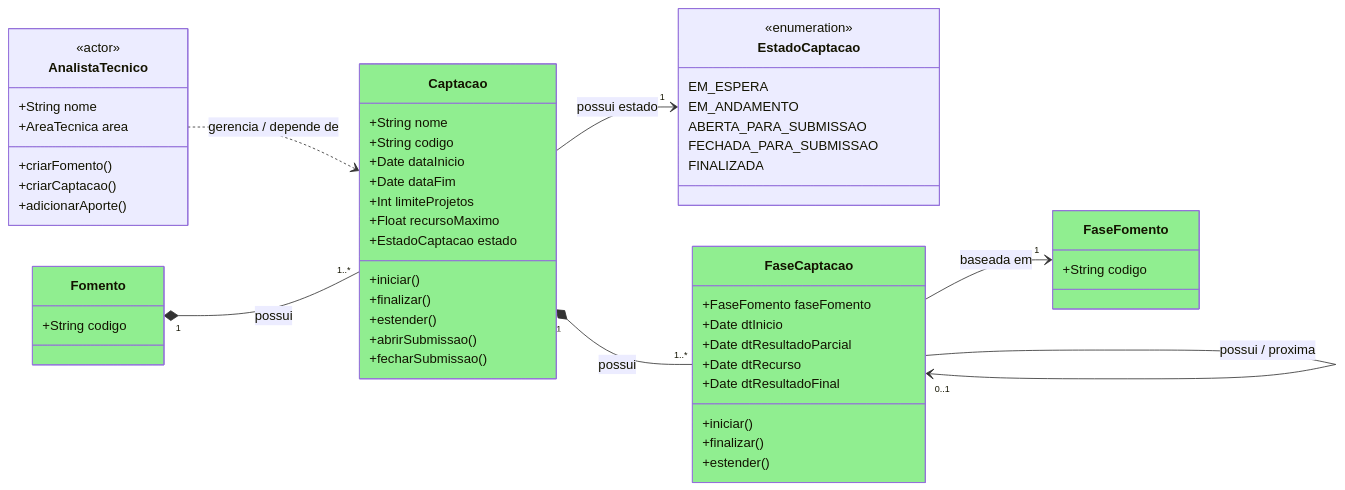
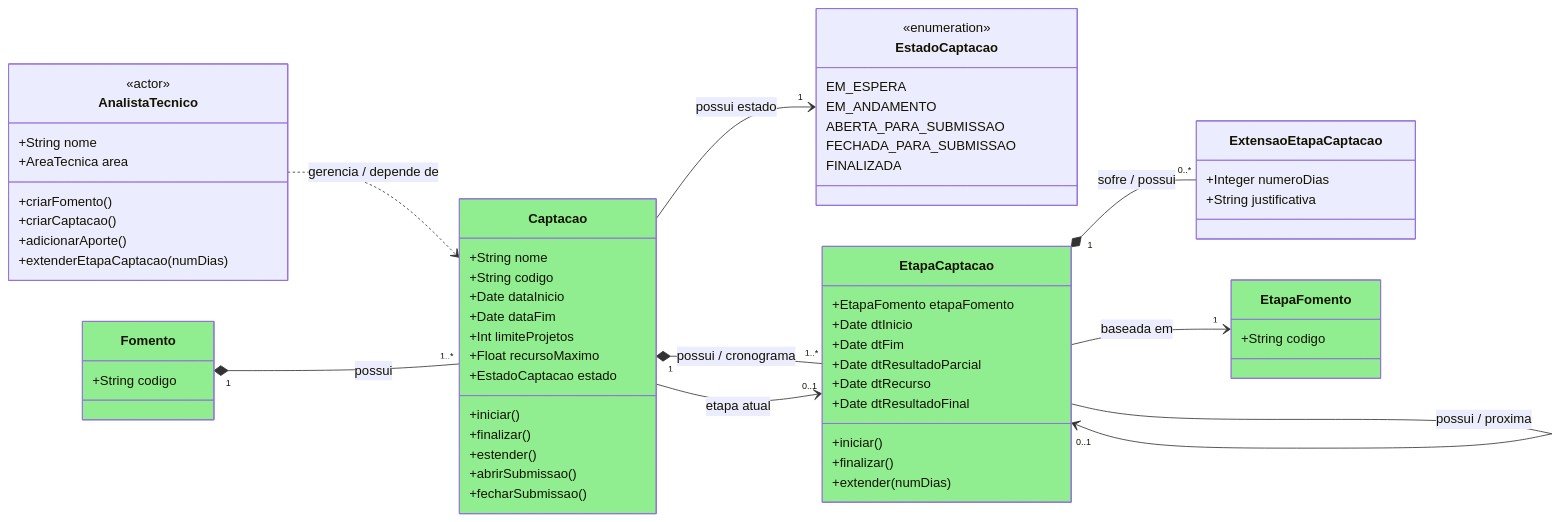
Before and after one commit to Czzped/conecta-fapes-teste: the first of 3 diagrams in docs/implementation/modules/M011-configuracao-captacao/modelo-estrutural/modelo-estrutural-p2-configuracao-selecao.md, drawn with Mermaid. The commit also changed other lines of this file and 7 other files, not shown here.

````diff
--- a/docs/implementation/modules/M011-configuracao-captacao/modelo-estrutural/modelo-estrutural-p2-configuracao-selecao.md
+++ b/docs/implementation/modules/M011-configuracao-captacao/modelo-estrutural/modelo-estrutural-p2-configuracao-selecao.md
@@ -17,6 +17,7 @@
         +criarFomento()
         +criarCaptacao()
         +adicionarAporte()
+        +extenderEtapaCaptacao(numDias)
     }
 
     class Fomento {
@@ -47,18 +48,24 @@
         FINALIZADA
     }
 
-    class FaseCaptacao {
-        +FaseFomento faseFomento
+    class EtapaCaptacao {
+        +EtapaFomento etapaFomento
         +Date dtInicio
+        +Date dtFim
         +Date dtResultadoParcial
         +Date dtRecurso
         +Date dtResultadoFinal
         +iniciar()
         +finalizar()
-        +estender()
+        +extender(numDias)
     }
 
-    class FaseFomento {
+    class ExtensaoEtapaCaptacao {
+        +Integer numeroDias
+        +String justificativa
+    }
+
+    class EtapaFomento {
         +String codigo
     }
 
@@ -66,14 +73,21 @@
     AnalistaTecnico ..> Captacao : gerencia / depende de
     Fomento "1" *-- "1..*" Captacao : possui
     Captacao --> "1" EstadoCaptacao : possui estado
-    Captacao "1" *-- "1..*" FaseCaptacao : possui
 
-    FaseCaptacao --> "1" FaseFomento : baseada em
-    FaseCaptacao --> "0..1" FaseCaptacao : possui / proxima
+    %% Relações com EtapaCaptacao (incluindo a relação de Etapa Atual solicitada)
+    Captacao "1" *-- "1..*" EtapaCaptacao : possui / cronograma
+    Captacao --> "0..1" EtapaCaptacao : etapa atual
+
+    %% Histórico de Extensões da Etapa
+    EtapaCaptacao "1" *-- "0..*" ExtensaoEtapaCaptacao : sofre / possui
+
+    EtapaCaptacao --> "1" EtapaFomento : baseada em
+    EtapaCaptacao --> "0..1" EtapaCaptacao : possui / proxima
 
     %% Estilização Simplificada
     style Fomento fill:lightgreen
     style Captacao fill:lightgreen
-    style FaseCaptacao fill:lightgreen
-    style FaseFomento fill:lightgreen
+    style EtapaCaptacao fill:lightgreen
+    style EtapaFomento fill:lightgreen
+
 ```
````
